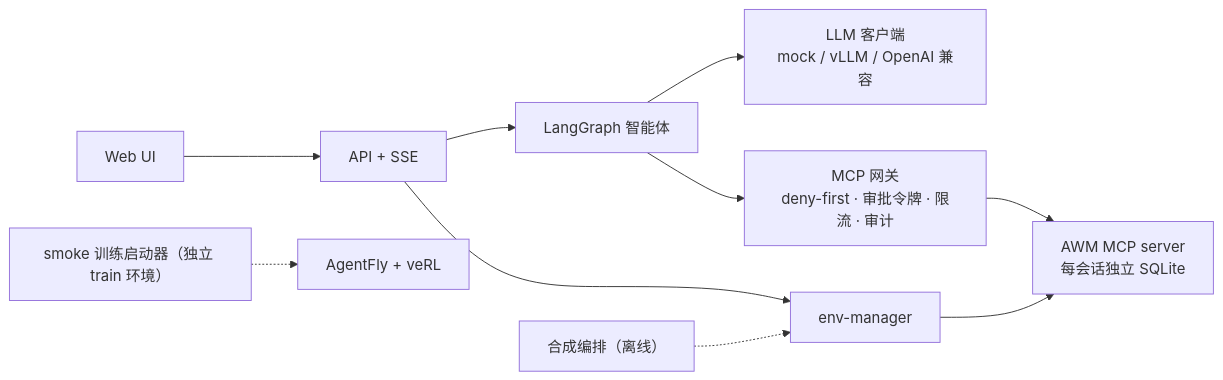
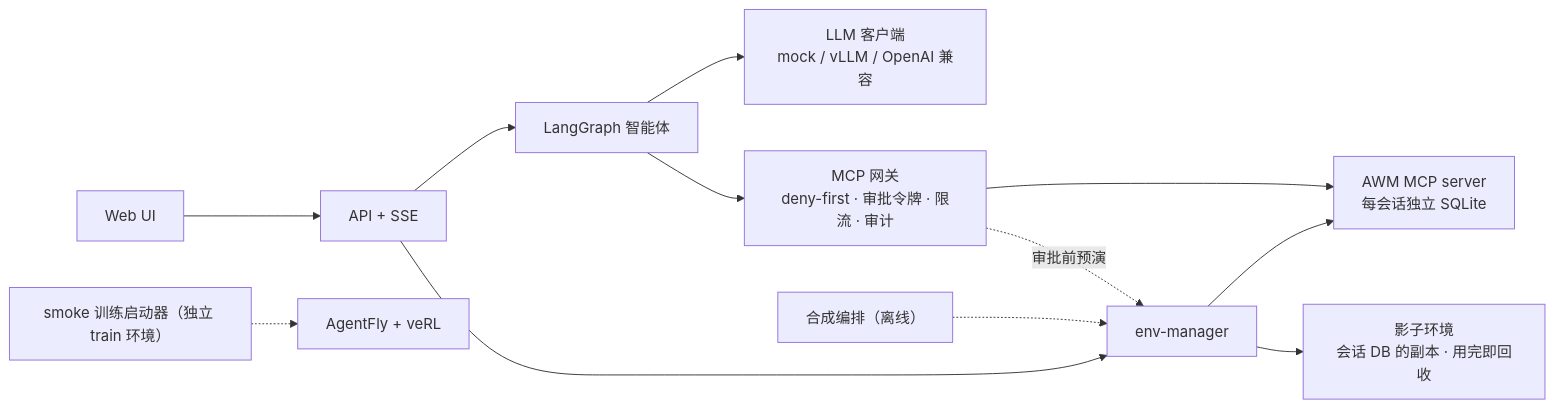
Before and after one commit to INF-NAN/BizAgent: the diagram in README.md, drawn with Mermaid. The commit also changed other lines of this file and 3 other files, not shown here.

Commit message:
docs: describe approval previews in the architecture and walkthrough

````diff
--- a/README.md
+++ b/README.md
@@ -31,10 +31,11 @@
 ```mermaid
 flowchart LR
   UI["Web UI"] --> API["API + SSE"] --> AG["LangGraph 智能体"]
   AG --> LLM["LLM 客户端<br/>mock / vLLM / OpenAI 兼容"]
   AG --> GW["MCP 网关<br/>deny-first · 审批令牌 · 限流 · 审计"]
   GW --> ENV["AWM MCP server<br/>每会话独立 SQLite"]
   API --> MGR["env-manager"] --> ENV
+  GW -.->|审批前预演| MGR --> SH["影子环境<br/>会话 DB 的副本 · 用完即回收"]
   SYN["合成编排（离线）"] -.-> MGR
   TR["smoke 训练启动器（独立 train 环境）"] -.-> AF["AgentFly + veRL"]
 ```
````
